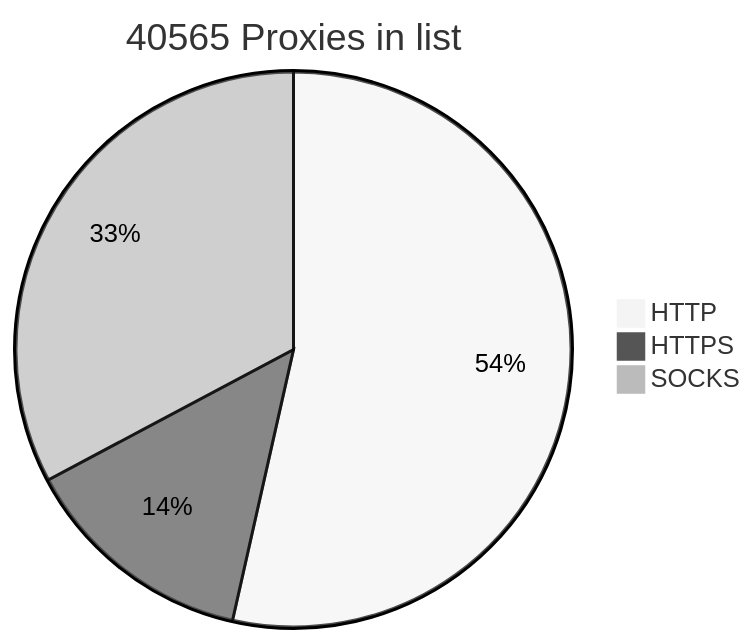
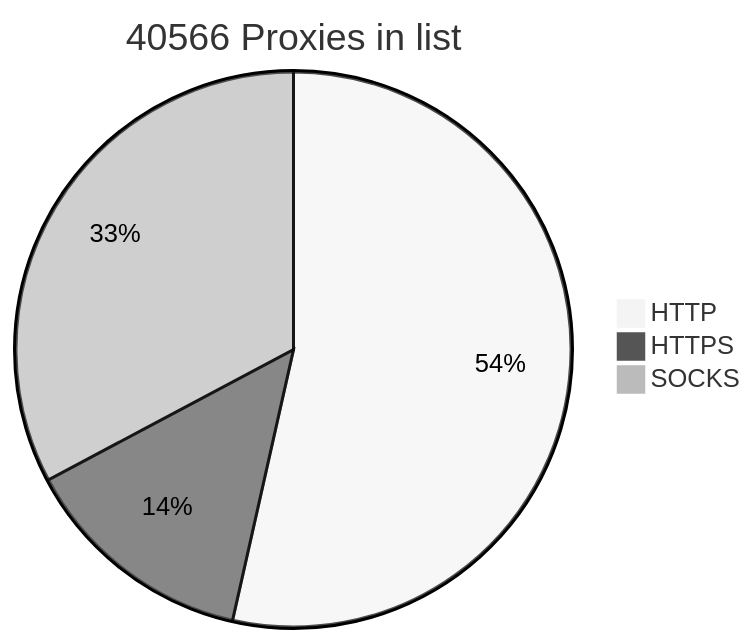
One commit to BlackSnowDot/proxylist-update-every-minute changed the diagram in README.md. Above: the diagram before and after it, drawn with Mermaid (neutral theme).

````diff
--- a/README.md
+++ b/README.md
@@ -2,6 +2,6 @@
 ```mermaid
-pie title 40565 Proxies in list
+pie title 40566 Proxies in list
     "HTTP" : 24346
     "HTTPS": 6230
-    "SOCKS" : 14910
+    "SOCKS" : 14911
 ```
````
